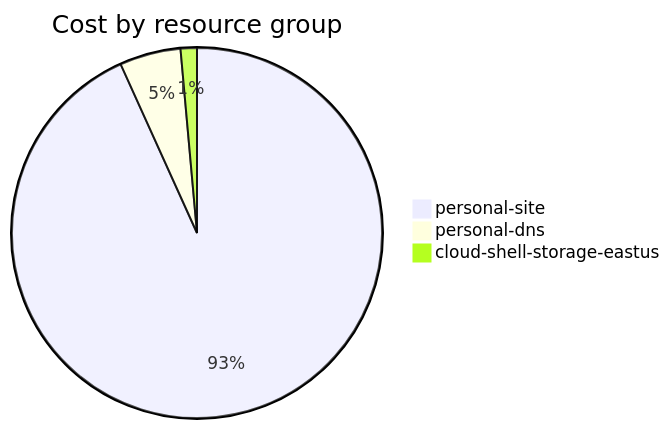
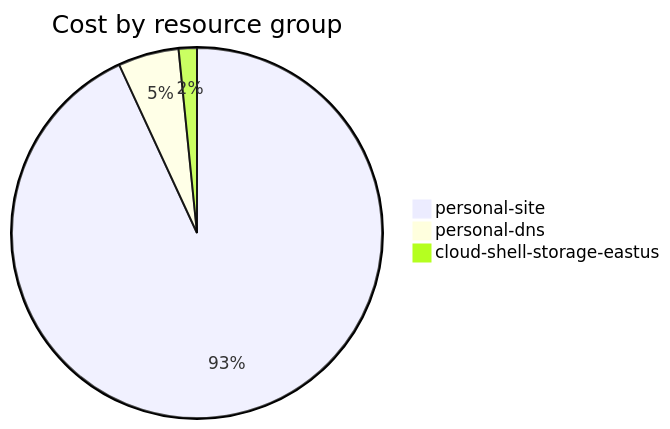
Before and after one commit to jpfulton/azure-personal-reports: the fourth of 4 diagrams in cost-reports/accumulated-cost.md, drawn with Mermaid. The commit also changed other lines of this file and 4 other files, not shown here.

````diff
--- a/cost-reports/accumulated-cost.md
+++ b/cost-reports/accumulated-cost.md
@@ -139,7 +139,7 @@
 ```mermaid
 pie
    title Cost by resource group
-   "personal-site" : 2.62
-   "personal-dns" : 0.15
-   "cloud-shell-storage-eastus" : 0.04
+   "personal-site" : 3.51
+   "personal-dns" : 0.20
+   "cloud-shell-storage-eastus" : 0.06
 ```
````
